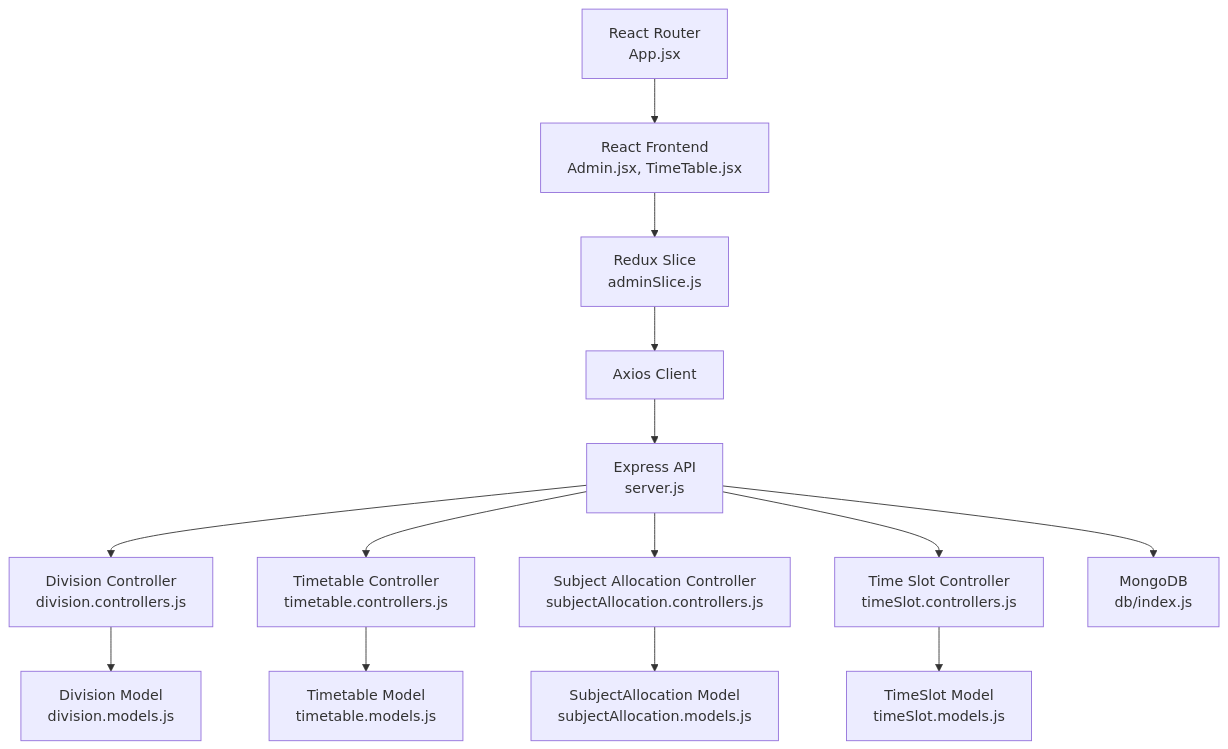
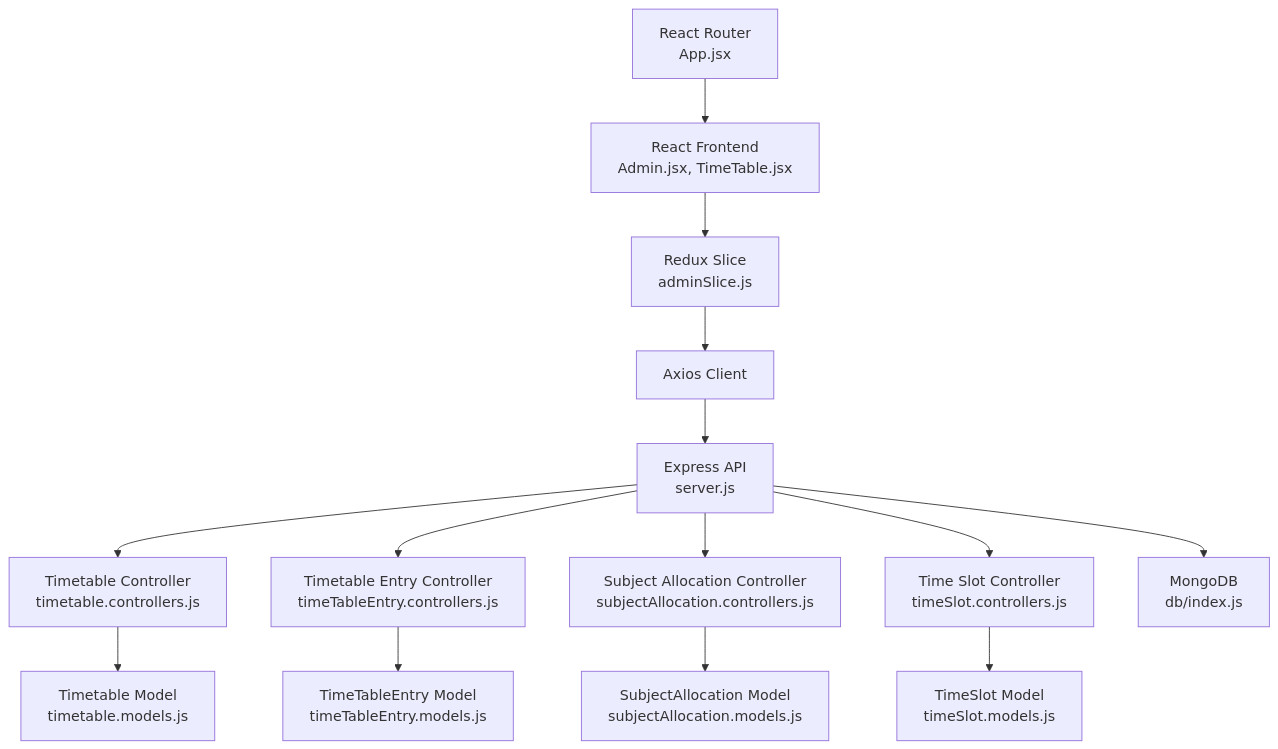
The second of 10 diagrams in .qoder/repowiki/en/content/Timetable Generation System/Timetable Generation System.md (Aryan9060/Timetable-Project), drawn with Mermaid before and after one commit. The commit also changed other lines of this file and 7 other files, not shown here.

First line of the commit message:
feat(timetable): enhance data integration with real-time sync and caching

````diff
--- a/.qoder/repowiki/en/content/Timetable Generation System/Timetable Generation System.md
+++ b/.qoder/repowiki/en/content/Timetable Generation System/Timetable Generation System.md
@@ -198,18 +215,18 @@
 ```mermaid
 graph TB
 FE["React Frontend<br/>Admin.jsx, TimeTable.jsx"]
 RT["React Router<br/>App.jsx"]
 RT --> FE
 FE --> AS["Redux Slice<br/>adminSlice.js"]
 AS --> AX["Axios Client"]
 AX --> API["Express API<br/>server.js"]
-API --> DIV["Division Controller<br/>division.controllers.js"]
 API --> TT["Timetable Controller<br/>timetable.controllers.js"]
+API --> TTE["Timetable Entry Controller<br/>timeTableEntry.controllers.js"]
 API --> SA["Subject Allocation Controller<br/>subjectAllocation.controllers.js"]
 API --> TS["Time Slot Controller<br/>timeSlot.controllers.js"]
-DIV --> DIVMDL["Division Model<br/>division.models.js"]
 TT --> TTMDL["Timetable Model<br/>timetable.models.js"]
+TTE --> TTEMODL["TimeTableEntry Model<br/>timeTableEntry.models.js"]
 SA --> SAMDL["SubjectAllocation Model<br/>subjectAllocation.models.js"]
 TS --> TSMODL["TimeSlot Model<br/>timeSlot.models.js"]
 API --> DB["MongoDB<br/>db/index.js"]
 ```
````
